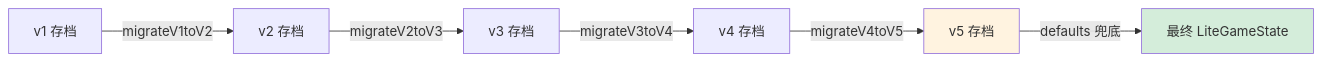
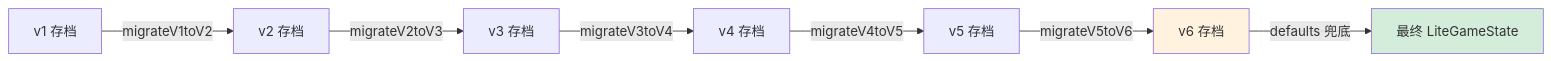
The diagram in docs/design/arch/schema.md (bennygray/7game), drawn with Mermaid before and after one commit. The commit also changed other lines of this file and 16 other files, not shown here.

````diff
--- a/docs/design/arch/schema.md
+++ b/docs/design/arch/schema.md
@@ -22,10 +23,11 @@
 ```mermaid
 graph LR
     V1["v1 存档"] -->|migrateV1toV2| V2["v2 存档"]
     V2 -->|migrateV2toV3| V3["v3 存档"]
     V3 -->|migrateV3toV4| V4["v4 存档"]
     V4 -->|migrateV4toV5| V5["v5 存档"]
-    V5 -->|defaults 兜底| FINAL["最终 LiteGameState"]
+    V5 -->|migrateV5toV6| V6["v6 存档"]
+    V6 -->|defaults 兜底| FINAL["最终 LiteGameState"]
     style FINAL fill:#d4edda
-    style V5 fill:#fff3e0
+    style V6 fill:#fff3e0
 ```
````
